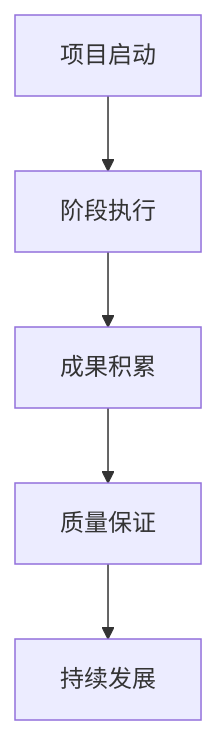
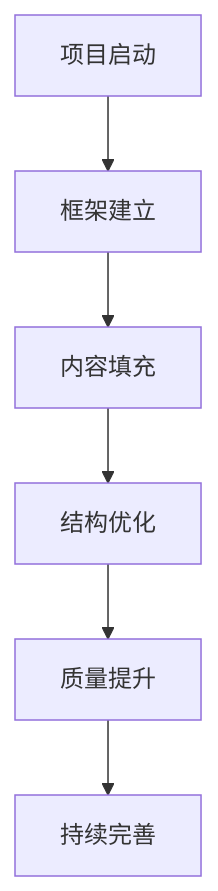
Before and after one commit to AdaMartin18010/SeniorEnducation: the first of 2 diagrams in PROJECT_PROGRESS.md, drawn with Mermaid. The commit also changed other lines of this file and 18 other files, not shown here.

````diff
--- a/PROJECT_PROGRESS.md
+++ b/PROJECT_PROGRESS.md
@@ -215,7 +215,8 @@
 ```mermaid
 graph TD
-    A[项目启动] --> B[阶段执行]
-    B --> C[成果积累]
-    C --> D[质量保证]
-    D --> E[持续发展]
+    A[项目启动] --> B[框架建立]
+    B --> C[内容填充]
+    C --> D[结构优化]
+    D --> E[质量提升]
+    E --> F[持续完善]
 ```
````
